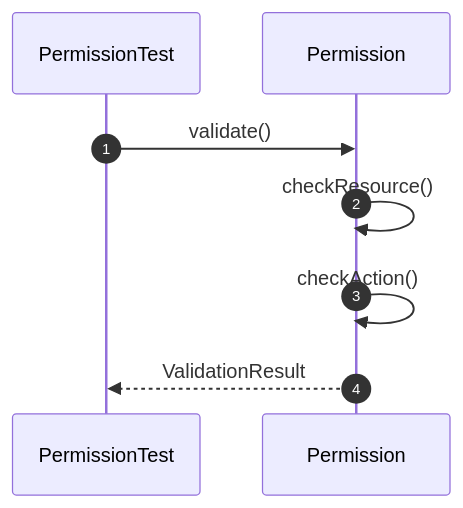
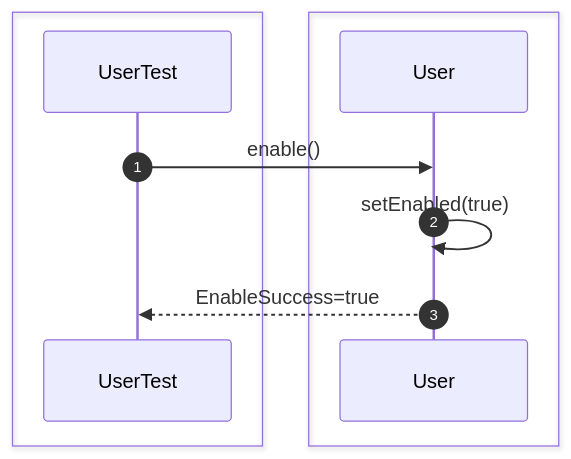
Before and after one commit to Huy1801214/dbms-architecture: diagram 15 of 35 in src/sequence/security.md, drawn with Mermaid. The commit also changed other lines of this file and 10 other files, not shown here.

Commit message:
add comprehensive sequence diagrams and documentation for system architecture and unit testing specifications

````diff
--- a/src/sequence/security.md
+++ b/src/sequence/security.md
@@ -232,14 +271,15 @@
-```mermaid 
+```mermaid
 sequenceDiagram
     autonumber
-    participant Test as PermissionTest
-    participant Permission
 
-    Test->>Permission: validate()
+    box #e1f5fe Test Suite
+    participant Test as UserTest
+    end
+    box #e3f2fd Security Components
+    participant User as User
+    end
 
-    Permission->>Permission: checkResource()
-
-    Permission->>Permission: checkAction()
-
-    Permission-->>Test: ValidationResult
+    Test->>User: enable()
+    User->>User: setEnabled(true)
+    User-->>Test: EnableSuccess=true
 ```
````
